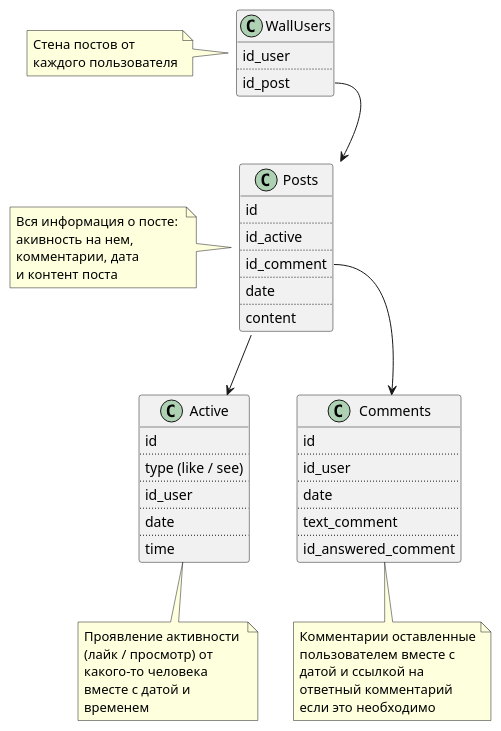
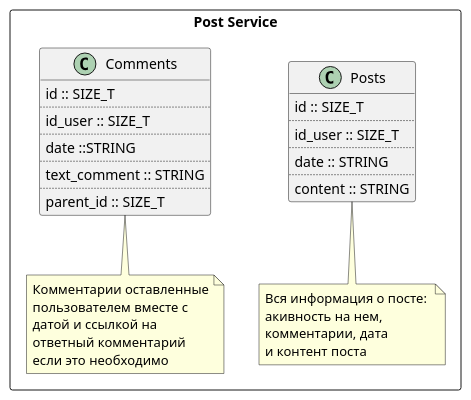
Before and after one commit to KatrinaVl/COA: the diagram in docs/PostService/PostService.puml, drawn with PlantUML. The commit also changed 1311 other files, not shown here.

```diff
--- a/docs/PostService/PostService.puml
+++ b/docs/PostService/PostService.puml
@@ -1,89 +1,48 @@
 @startuml
+package "Post Service" <<Rectangle>> {
+    
+
 class Posts {
-    id 
+    id :: SIZE_T
     ..
-    id_active
+    id_user :: SIZE_T
     ..
-    id_comment
+    date :: STRING
     ..
-    date
-    ..
-    content
+    content :: STRING
 }
 
-note left of Posts
+note bottom of Posts
 Вся информация о посте: 
 акивность на нем, 
 комментарии, дата 
 и контент поста
 end note
 
 class Comments {
-    id
+    id :: SIZE_T
     ..
-    id_user
+    id_user :: SIZE_T
     ..
-    date
+    date ::STRING
     ..
-    text_comment
+    text_comment :: STRING
     ..
-    id_answered_comment
+    parent_id :: SIZE_T
 }
 
 note bottom of Comments
 Комментарии оставленные
 пользователем вместе с
 датой и ссылкой на 
 ответный комментарий
 если это необходимо
 end note
 
-class Active {
-    id
-    ..
-    type (like / see)
-    ..
-    id_user
-    ..
-    date
-    ..
-    time
 }
-
-note bottom of Active
-Проявление активности 
-(лайк / просмотр) от 
-какого-то человека
-вместе с датой и 
-временем
-end note
-
-class WallUsers {
-    id_user
-    ..
-    id_post
-}
-
-note left of WallUsers
-Стена постов от 
-каждого пользователя
-end note
-
-WallUsers::id_post --> Posts
-
-Posts::id_comment --> Comments
-Posts::list_likes --> Active
-
-
-
-' Kafka --> Posts #green;line.dotted;text:green : info о посте 
-' Kafka --> Comments #green;line.dotted;text:green : info о комментарии
-' Kafka --> Likes #green;line.dotted;text:green : info о лайке
-
-
 
 
 
 
 
 @enduml
```
